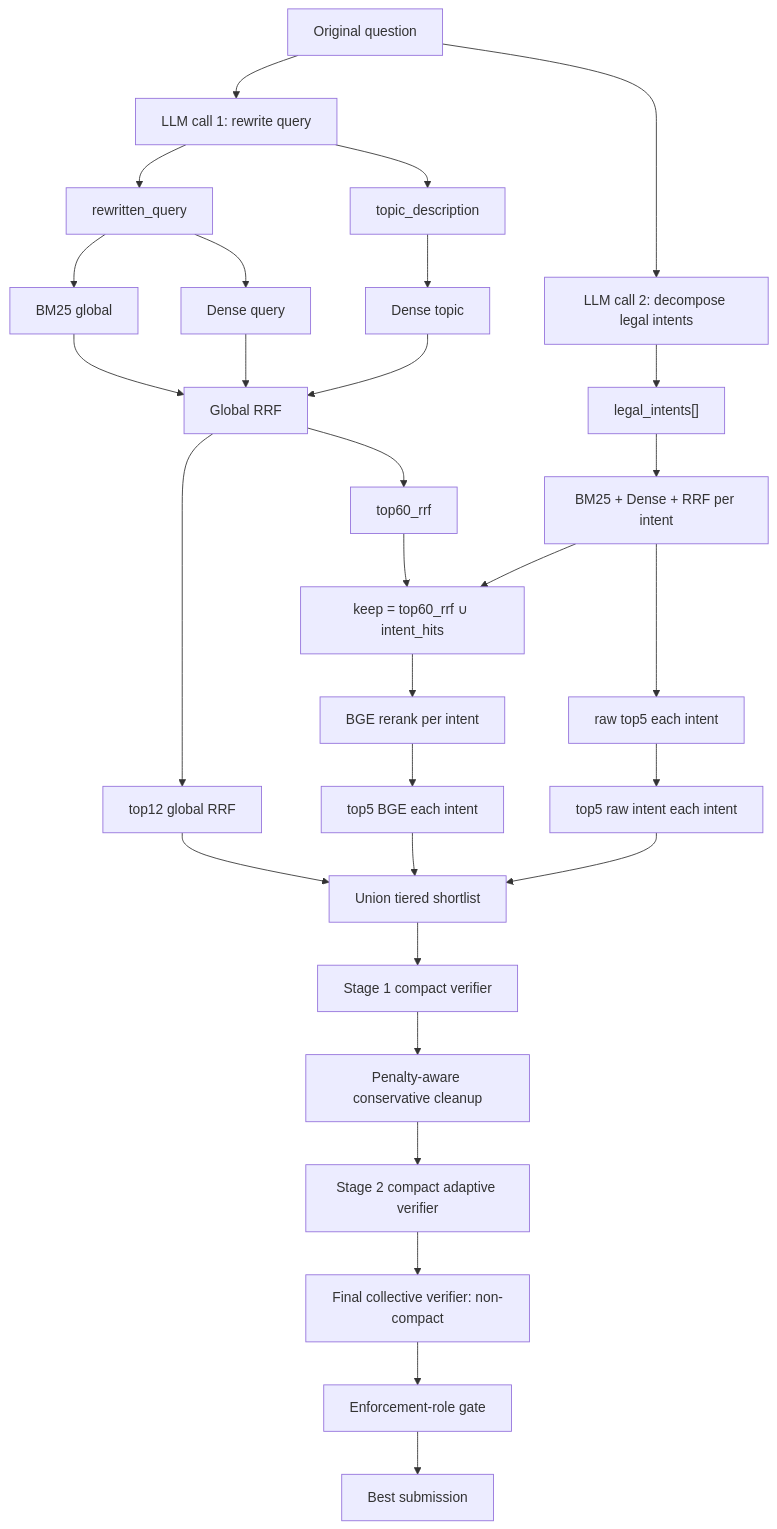
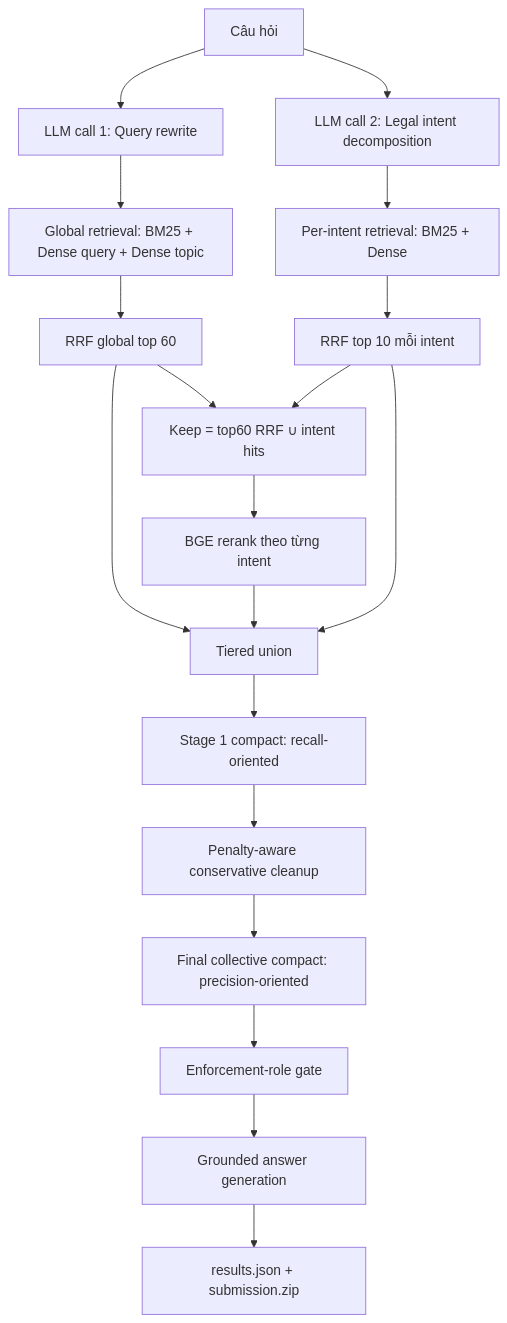
One commit to tuta202/vietnamese-legal-ai changed the diagram in legal-ai/docs/rag-workflow.md. Above: the diagram before and after it, drawn with Mermaid. The commit also changed other lines of this file and 24 other files, not shown here.

````diff
--- a/legal-ai/docs/rag-workflow.md
+++ b/legal-ai/docs/rag-workflow.md
@@ -43,40 +6,25 @@
 ```mermaid
 flowchart TD
-    Q["Original question"]
+    Q["Câu hỏi"] --> RW["LLM call 1: Query rewrite"]
+    Q --> DI["LLM call 2: Legal intent decomposition"]
 
-    Q --> RW["LLM call 1: rewrite query"]
-    RW --> RQ["rewritten_query"]
-    RW --> TOPIC["topic_description"]
+    RW --> GR["Global retrieval: BM25 + Dense query + Dense topic"]
+    GR --> RRF["RRF global top 60"]
 
-    Q --> DC["LLM call 2: decompose legal intents"]
-    DC --> INTENTS["legal_intents[]"]
+    DI --> IR["Per-intent retrieval: BM25 + Dense"]
+    IR --> I10["RRF top 10 mỗi intent"]
 
-    RQ --> BM25["BM25 global"]
-    RQ --> DENSEQ["Dense query"]
-    TOPIC --> DENSET["Dense topic"]
-    BM25 --> GRRF["Global RRF"]
-    DENSEQ --> GRRF
-    DENSET --> GRRF
-    GRRF --> TOP60["top60_rrf"]
+    RRF --> KEEP["Keep = top60 RRF ∪ intent hits"]
+    I10 --> KEEP
+    KEEP --> BGE["BGE rerank theo từng intent"]
 
-    INTENTS --> IR["BM25 + Dense + RRF per intent"]
-    IR --> RAW["raw top5 each intent"]
-
-    TOP60 --> KEEP["keep = top60_rrf ∪ intent_hits"]
-    IR --> KEEP
-    KEEP --> BGE["BGE rerank per intent"]
-
-    GRRF --> RRF12["top12 global RRF"]
-    BGE --> BGE5["top5 BGE each intent"]
-    RAW --> RAW5["top5 raw intent each intent"]
-    RRF12 --> TIERED["Union tiered shortlist"]
-    BGE5 --> TIERED
-    RAW5 --> TIERED
-
-    TIERED --> S1["Stage 1 compact verifier"]
-    S1 --> PENALTY["Penalty-aware conservative cleanup"]
-    PENALTY --> S2["Stage 2 compact adaptive verifier"]
-    S2 --> FINAL["Final collective verifier: non-compact"]
+    RRF --> TIER["Tiered union"]
+    BGE --> TIER
+    I10 --> TIER
+    TIER --> S1["Stage 1 compact: recall-oriented"]
+    S1 --> CLEAN["Penalty-aware conservative cleanup"]
+    CLEAN --> FINAL["Final collective compact: precision-oriented"]
     FINAL --> GATE["Enforcement-role gate"]
-    GATE --> SUB["Best submission"]
+    GATE --> GEN["Grounded answer generation"]
+    GEN --> OUT["results.json + submission.zip"]
 ```
````
